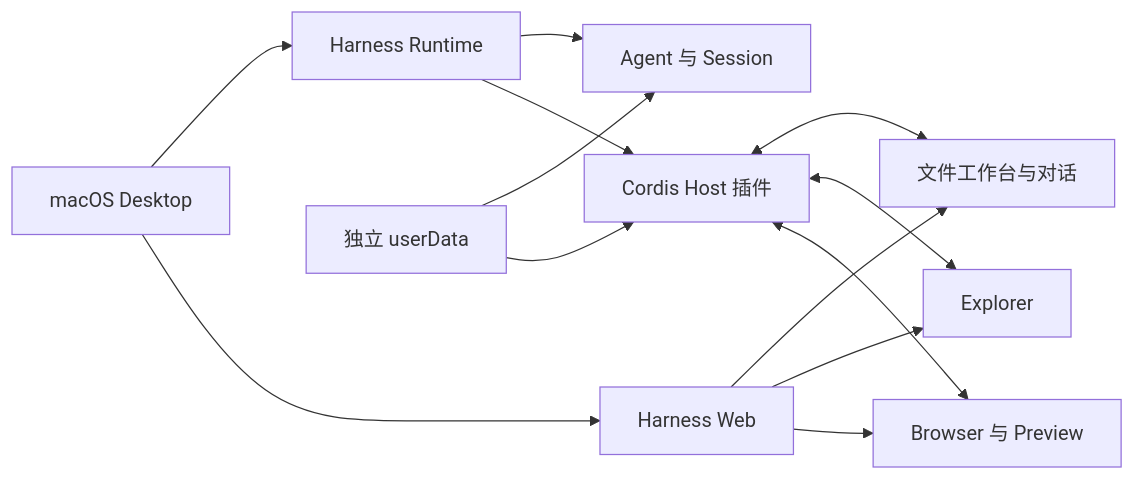
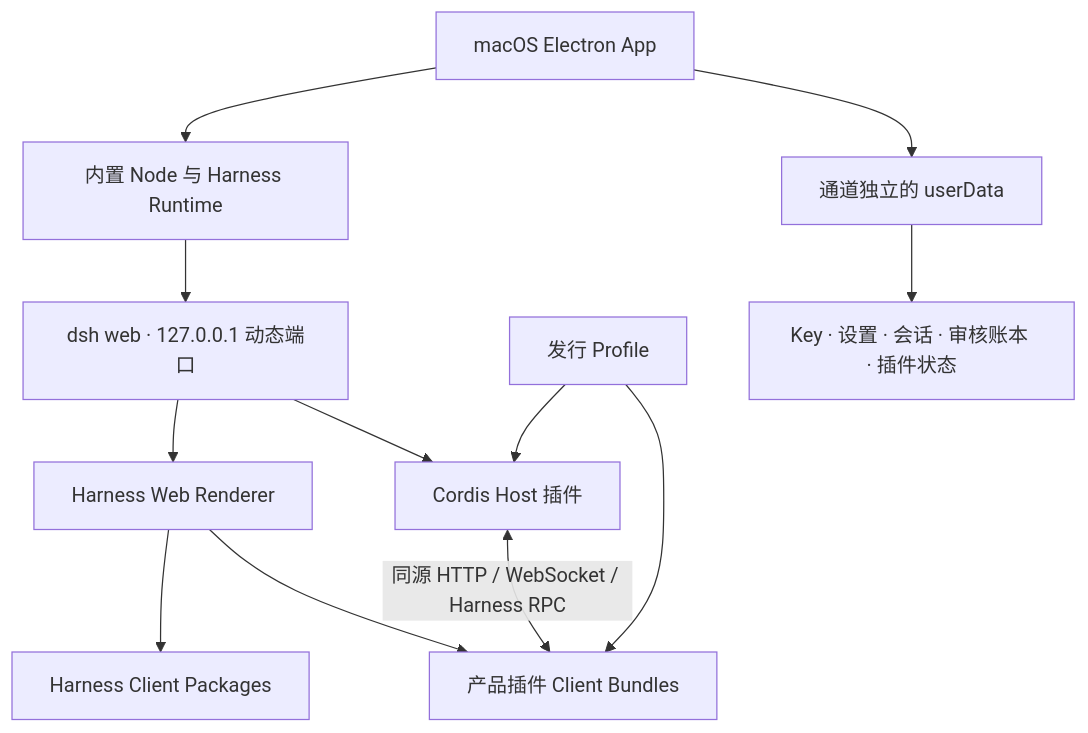
The diagram in README.md (snzhi000-sys/harness-macos-desktop-plugin-suite), drawn with Mermaid before and after one commit. The commit also changed other lines of this file and 2 other files, not shown here.

````diff
--- a/README.md
+++ b/README.md
@@ -109,15 +124,14 @@
 ```mermaid
-flowchart LR
-  A[macOS Desktop] --> B[Harness Runtime]
-  B --> C[Agent 与 Session]
-  B --> D[Cordis Host 插件]
-  A --> E[Harness Web]
-  E --> F[文件工作台与对话]
-  E --> G[Explorer]
-  E --> H[Browser 与 Preview]
-  D <--> F
-  D <--> G
-  D <--> H
-  I[独立 userData] --> C
-  I --> D
+flowchart TD
+  A[macOS Electron App] --> B[内置 Node 与 Harness Runtime]
+  A --> C[通道独立的 userData]
+  B --> D[dsh web · 127.0.0.1 动态端口]
+  D --> E[Harness Web Renderer]
+  D --> F[Cordis Host 插件]
+  E --> G[Harness Client Packages]
+  E --> H[产品插件 Client Bundles]
+  F <-->|同源 HTTP / WebSocket / Harness RPC| H
+  I[发行 Profile] --> F
+  I --> H
+  C --> J[Key · 设置 · 会话 · 审核账本 · 插件状态]
 ```
````
